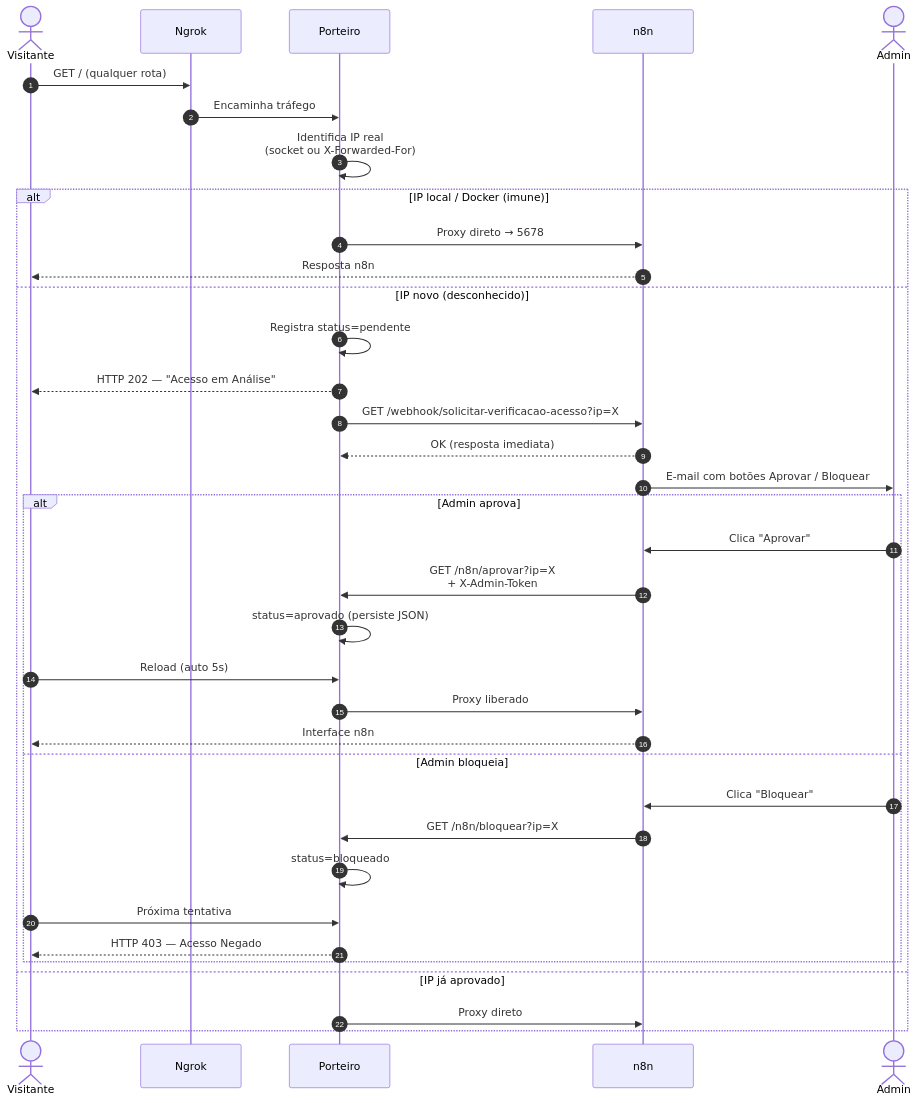
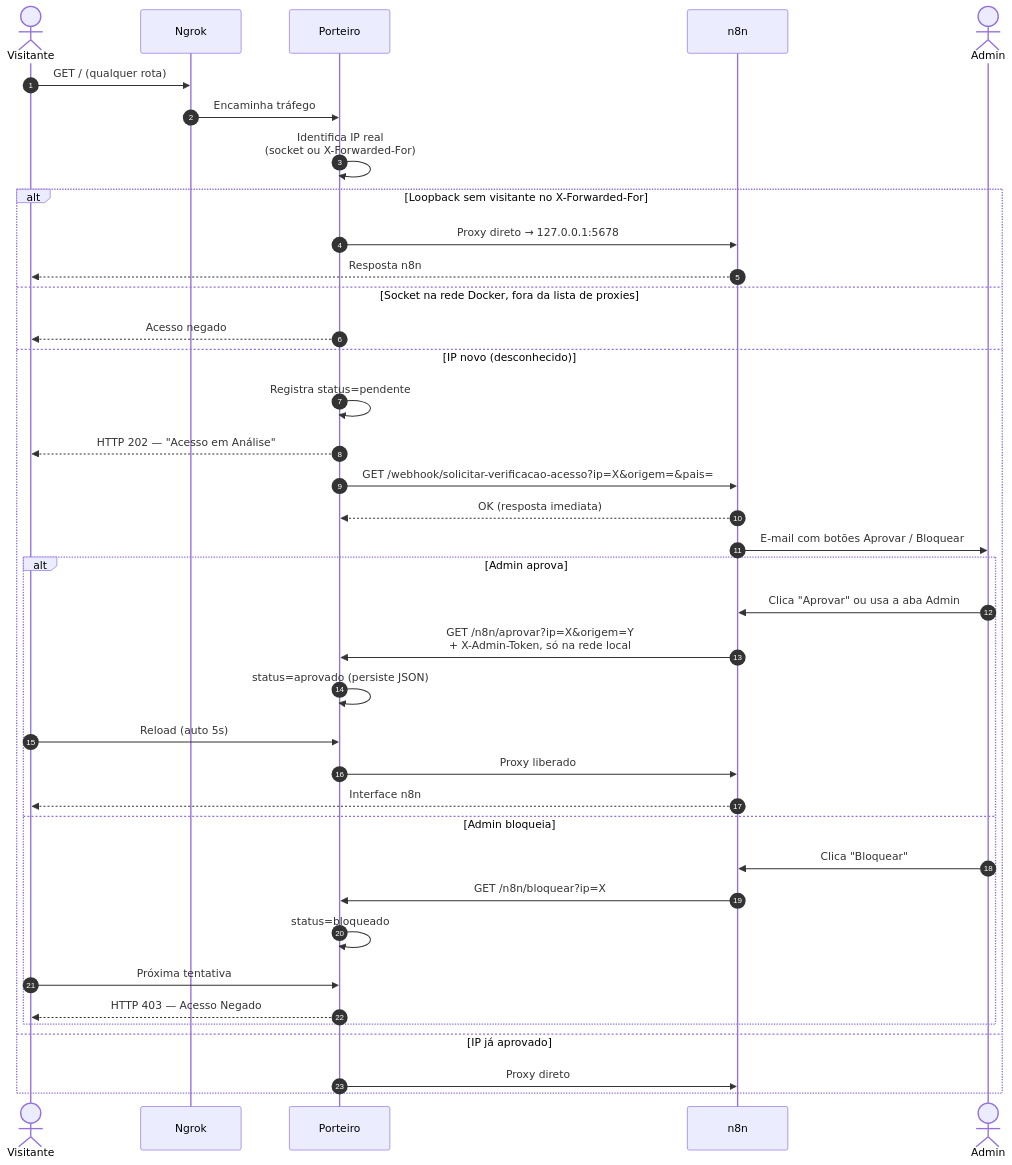
Before and after one commit to Zidszs/Zidsz-Board-POC: the fifth of 13 diagrams in DOCUMENTACAO.md, drawn with Mermaid. The commit also changed other lines of this file and 180 other files, not shown here.

````diff
--- a/DOCUMENTACAO.md
+++ b/DOCUMENTACAO.md
@@ -265,41 +260,43 @@
 ```mermaid
 sequenceDiagram
     autonumber
     actor Visitante
     participant Ngrok
     participant Porteiro
     participant n8n
     actor Admin
 
     Visitante->>Ngrok: GET / (qualquer rota)
     Ngrok->>Porteiro: Encaminha tráfego
     Porteiro->>Porteiro: Identifica IP real<br/>(socket ou X-Forwarded-For)
 
-    alt IP local / Docker (imune)
-        Porteiro->>n8n: Proxy direto → 5678
+    alt Loopback sem visitante no X-Forwarded-For
+        Porteiro->>n8n: Proxy direto → 127.0.0.1:5678
         n8n-->>Visitante: Resposta n8n
+    else Socket na rede Docker, fora da lista de proxies
+        Porteiro-->>Visitante: Acesso negado
     else IP novo (desconhecido)
         Porteiro->>Porteiro: Registra status=pendente
         Porteiro-->>Visitante: HTTP 202 — "Acesso em Análise"
-        Porteiro->>n8n: GET /webhook/solicitar-verificacao-acesso?ip=X
+        Porteiro->>n8n: GET /webhook/solicitar-verificacao-acesso?ip=X&origem=&pais=
         n8n-->>Porteiro: OK (resposta imediata)
         n8n->>Admin: E-mail com botões Aprovar / Bloquear
 
         alt Admin aprova
-            Admin->>n8n: Clica "Aprovar"
-            n8n->>Porteiro: GET /n8n/aprovar?ip=X<br/>+ X-Admin-Token
+            Admin->>n8n: Clica "Aprovar" ou usa a aba Admin
+            n8n->>Porteiro: GET /n8n/aprovar?ip=X&origem=Y<br/>+ X-Admin-Token, só na rede local
             Porteiro->>Porteiro: status=aprovado (persiste JSON)
             Visitante->>Porteiro: Reload (auto 5s)
             Porteiro->>n8n: Proxy liberado
             n8n-->>Visitante: Interface n8n
         else Admin bloqueia
             Admin->>n8n: Clica "Bloquear"
             n8n->>Porteiro: GET /n8n/bloquear?ip=X
             Porteiro->>Porteiro: status=bloqueado
             Visitante->>Porteiro: Próxima tentativa
             Porteiro-->>Visitante: HTTP 403 — Acesso Negado
         end
     else IP já aprovado
         Porteiro->>n8n: Proxy direto
     end
 ```
````
